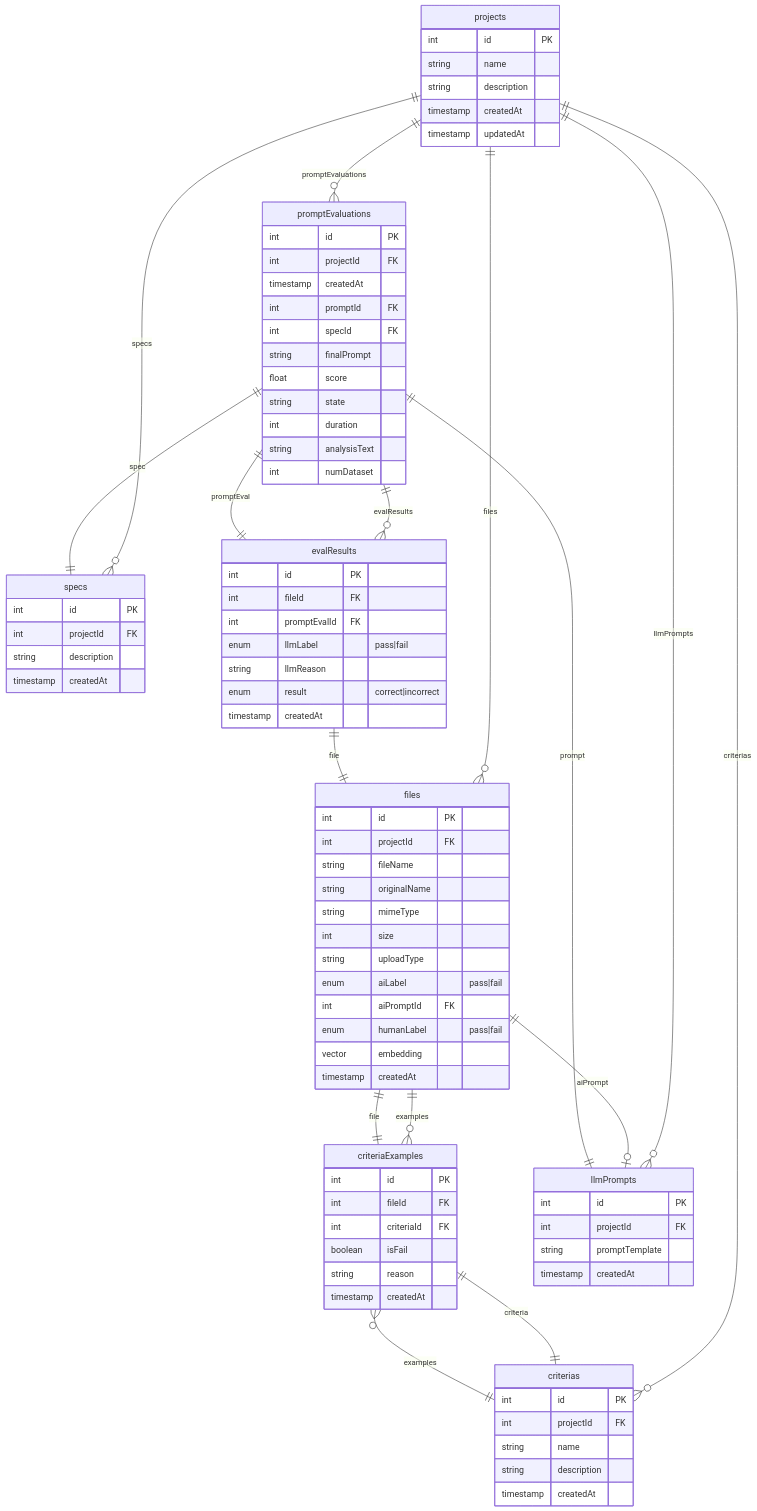
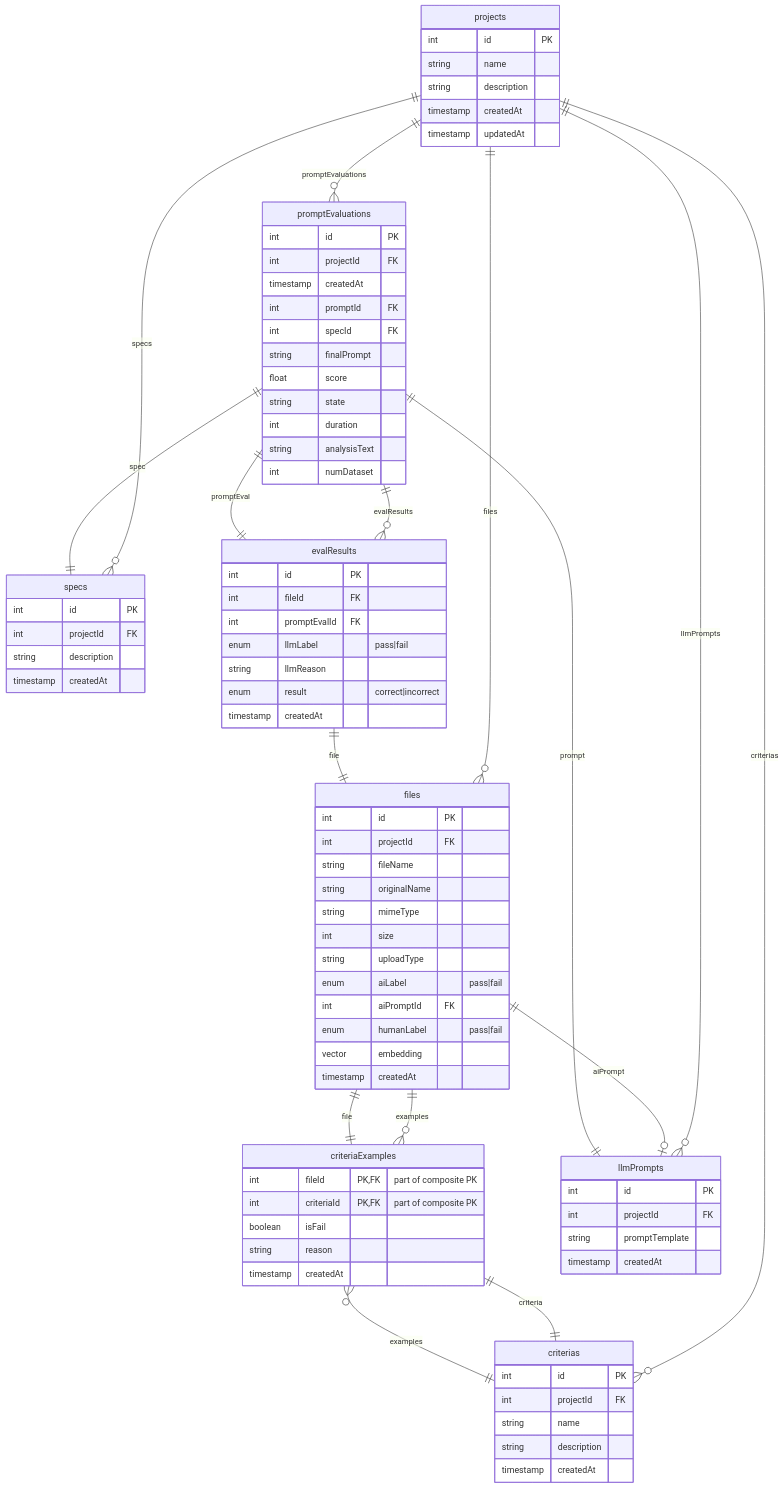
One commit to msrks/llmbox changed the diagram in README.md. Above: the diagram before and after it, drawn with Mermaid. The commit also changed 4 other files, not shown here.

First line of the commit message:
Modify criteria examples table to use composite primary key

```diff
--- a/README.md
+++ b/README.md
@@ -66,9 +66,8 @@
         timestamp createdAt
     }
     criteriaExamples {
-        int id PK
-        int fileId FK
-        int criteriaId FK
+        int fileId PK,FK "part of composite PK"
+        int criteriaId PK,FK "part of composite PK"
         boolean isFail
         string reason
         timestamp createdAt
```
